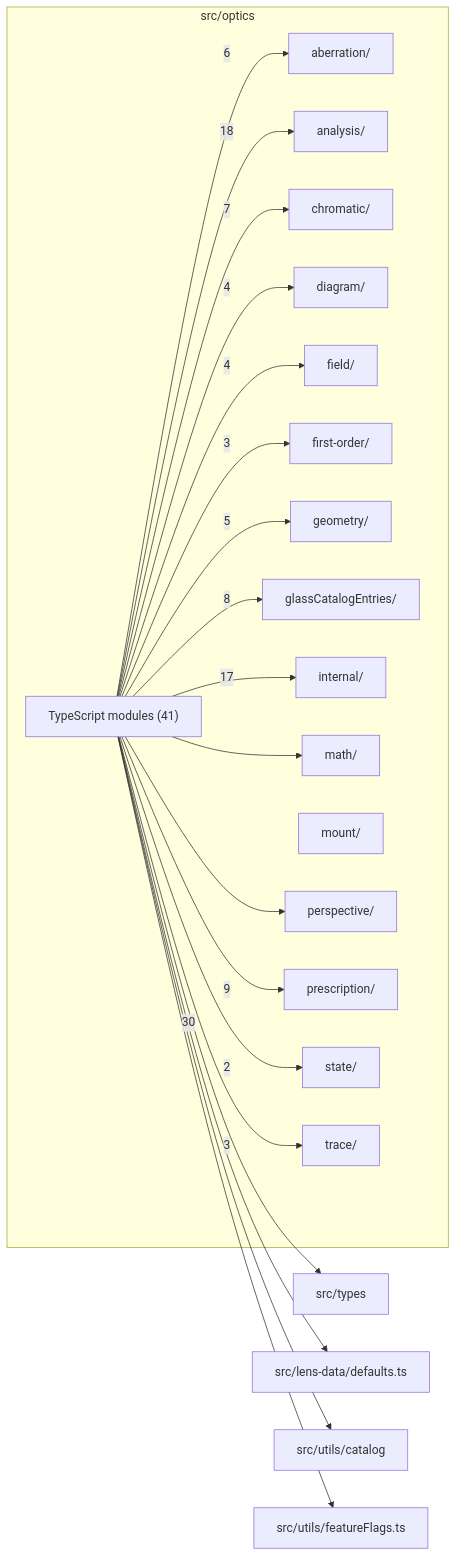
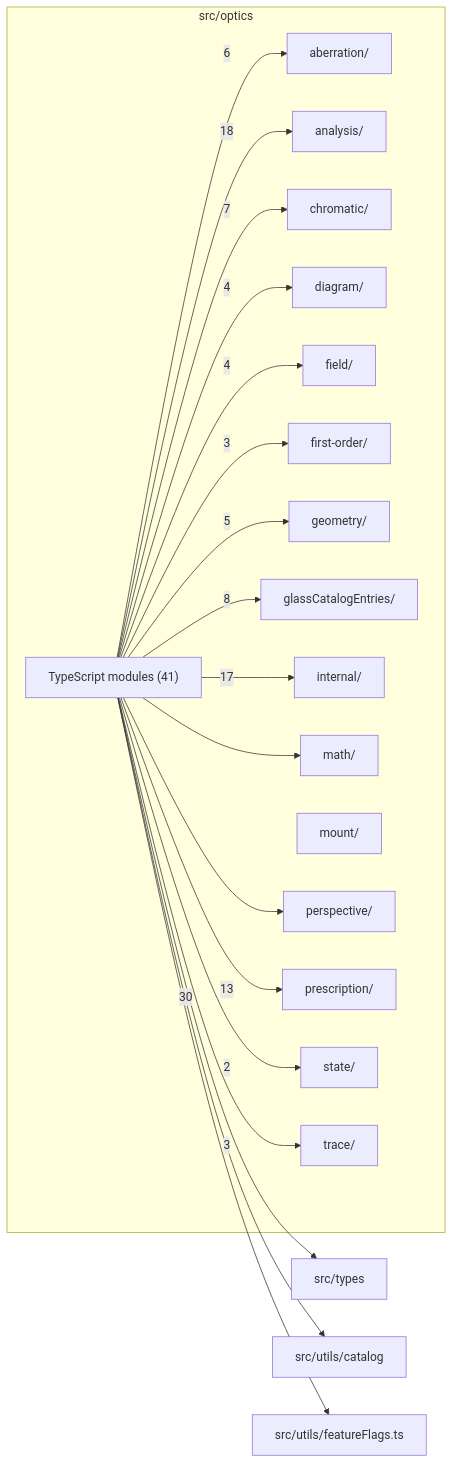
The diagram in src/optics/readme.md (BeamFour/LensVisualizer), drawn with Mermaid before and after one commit. The commit also changed other lines of this file and 65 other files, not shown here.

````diff
--- a/src/optics/readme.md
+++ b/src/optics/readme.md
@@ -9,43 +9,41 @@
 ```mermaid
 flowchart LR
   subgraph n_src_optics["src/optics"]
     n_src_optics_src_optics_aberration["aberration/"]
     n_src_optics_src_optics_analysis["analysis/"]
     n_src_optics_src_optics_chromatic["chromatic/"]
     n_src_optics_src_optics_diagram["diagram/"]
     n_src_optics_src_optics_field["field/"]
     n_src_optics_src_optics_first_order["first-order/"]
     n_src_optics_src_optics_geometry["geometry/"]
     n_src_optics_src_optics_glassCatalogEntries["glassCatalogEntries/"]
     n_src_optics_src_optics_internal["internal/"]
     n_src_optics_src_optics_math["math/"]
     n_src_optics_src_optics_mount["mount/"]
     n_src_optics_src_optics_perspective["perspective/"]
     n_src_optics_src_optics_prescription["prescription/"]
     n_src_optics_src_optics_state["state/"]
     n_src_optics_src_optics_trace["trace/"]
     n_src_optics_TypeScript_modules["TypeScript modules (41)"]
   end
   n_external_src_types["src/types"]
-  n_external_src_lens_data_defaults_ts["src/lens-data/defaults.ts"]
   n_external_src_utils_catalog["src/utils/catalog"]
   n_external_src_utils_featureFlags_ts["src/utils/featureFlags.ts"]
   n_src_optics_TypeScript_modules --> |30| n_external_src_types
   n_src_optics_TypeScript_modules --> |18| n_src_optics_src_optics_analysis
   n_src_optics_TypeScript_modules --> |17| n_src_optics_src_optics_internal
-  n_src_optics_TypeScript_modules --> |9| n_src_optics_src_optics_prescription
+  n_src_optics_TypeScript_modules --> |13| n_src_optics_src_optics_prescription
   n_src_optics_TypeScript_modules --> |8| n_src_optics_src_optics_glassCatalogEntries
   n_src_optics_TypeScript_modules --> |7| n_src_optics_src_optics_chromatic
   n_src_optics_TypeScript_modules --> |6| n_src_optics_src_optics_aberration
   n_src_optics_TypeScript_modules --> |5| n_src_optics_src_optics_geometry
   n_src_optics_TypeScript_modules --> |4| n_src_optics_src_optics_diagram
   n_src_optics_TypeScript_modules --> |4| n_src_optics_src_optics_field
   n_src_optics_TypeScript_modules --> |3| n_src_optics_src_optics_first_order
   n_src_optics_TypeScript_modules --> |3| n_src_optics_src_optics_trace
   n_src_optics_TypeScript_modules --> |2| n_src_optics_src_optics_state
-  n_src_optics_TypeScript_modules --> n_external_src_lens_data_defaults_ts
   n_src_optics_TypeScript_modules --> n_external_src_utils_catalog
   n_src_optics_TypeScript_modules --> n_external_src_utils_featureFlags_ts
   n_src_optics_TypeScript_modules --> n_src_optics_src_optics_math
   n_src_optics_TypeScript_modules --> n_src_optics_src_optics_perspective
 ```
````
